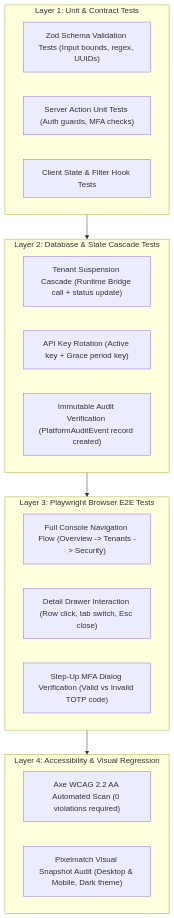
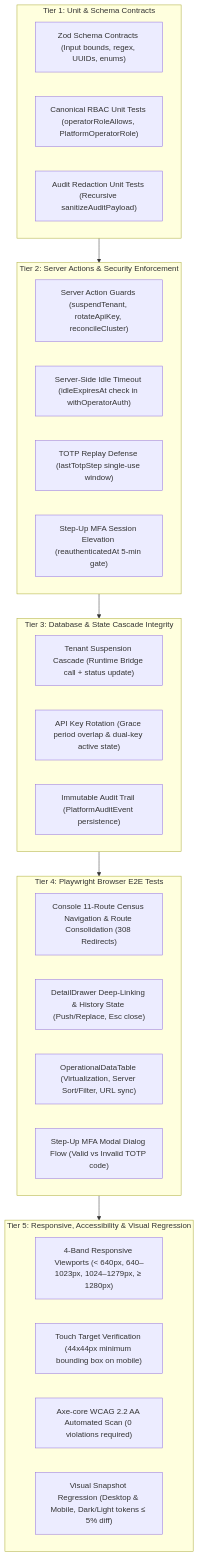
Before and after one commit to Nikhil-ig/OrbitoX-Platform: the first of 2 diagrams in docs/ui-reset/phase-7c/08_TEST_PLAN_AND_ACCEPTANCE_CRITERIA.md, drawn with Mermaid. The commit also changed other lines of this file and 9 other files, not shown here.

Commit message:
docs(7c): reconcile stage 0 specifications with baseline breakpoints, canonical rbac, and route inventory

````diff
--- a/docs/ui-reset/phase-7c/08_TEST_PLAN_AND_ACCEPTANCE_CRITERIA.md
+++ b/docs/ui-reset/phase-7c/08_TEST_PLAN_AND_ACCEPTANCE_CRITERIA.md
@@ -15,27 +16,37 @@
 ```mermaid
 graph TD
-    subgraph Layer1 ["Layer 1: Unit & Contract Tests"]
-        ZOD["Zod Schema Validation Tests (Input bounds, regex, UUIDs)"]
-        ACTION["Server Action Unit Tests (Auth guards, MFA checks)"]
-        HOOK["Client State & Filter Hook Tests"]
+    subgraph Tier1 ["Tier 1: Unit & Schema Contracts"]
+        ZOD["Zod Schema Contracts (Input bounds, regex, UUIDs, enums)"]
+        AUTH_UNIT["Canonical RBAC Unit Tests (operatorRoleAllows, PlatformOperatorRole)"]
+        REDACT_UNIT["Audit Redaction Unit Tests (Recursive sanitizeAuditPayload)"]
     end
 
-    subgraph Layer2 ["Layer 2: Database & State Cascade Tests"]
-        CASCADE["Tenant Suspension Cascade (Runtime Bridge call + status update)"]
-        KEY_ROT["API Key Rotation (Active key + Grace period key)"]
-        AUDIT_LOG["Immutable Audit Verification (PlatformAuditEvent record created)"]
+    subgraph Tier2 ["Tier 2: Server Actions & Security Enforcement"]
+        ACTION_AUTH["Server Action Guards (suspendTenant, rotateApiKey, reconcileCluster)"]
+        IDLE_EXP["Server-Side Idle Timeout (idleExpiresAt check in withOperatorAuth)"]
+        TOTP_REPLAY["TOTP Replay Defense (lastTotpStep single-use window)"]
+        STEPUP_MFA["Step-Up MFA Session Elevation (reauthenticatedAt 5-min gate)"]
     end
 
-    subgraph Layer3 ["Layer 3: Playwright Browser E2E Tests"]
-        NAV_E2E["Full Console Navigation Flow (Overview -> Tenants -> Security)"]
-        DRAWER_E2E["Detail Drawer Interaction (Row click, tab switch, Esc close)"]
-        STEPUP_E2E["Step-Up MFA Dialog Verification (Valid vs Invalid TOTP code)"]
+    subgraph Tier3 ["Tier 3: Database & State Cascade Integrity"]
+        TENANT_CASCADE["Tenant Suspension Cascade (Runtime Bridge call + status update)"]
+        KEY_ROTATION["API Key Rotation (Grace period overlap & dual-key active state)"]
+        AUDIT_IMMUTABLE["Immutable Audit Trail (PlatformAuditEvent persistence)"]
     end
 
-    subgraph Layer4 ["Layer 4: Accessibility & Visual Regression"]
-        AXE["Axe WCAG 2.2 AA Automated Scan (0 violations required)"]
-        VISUAL["Pixelmatch Visual Snapshot Audit (Desktop & Mobile, Dark theme)"]
+    subgraph Tier4 ["Tier 4: Playwright Browser E2E Tests"]
+        ROUTE_NAV["Console 11-Route Census Navigation & Route Consolidation (308 Redirects)"]
+        DRAWER_E2E["DetailDrawer Deep-Linking & History State (Push/Replace, Esc close)"]
+        TABLE_E2E["OperationalDataTable (Virtualization, Server Sort/Filter, URL sync)"]
+        STEPUP_E2E["Step-Up MFA Modal Dialog Flow (Valid vs Invalid TOTP code)"]
     end
 
-    Layer1 --> Layer2 --> Layer3 --> Layer4
+    subgraph Tier5 ["Tier 5: Responsive, Accessibility & Visual Regression"]
+        RESPONSIVE_4B["4-Band Responsive Viewports (< 640px, 640–1023px, 1024–1279px, ≥ 1280px)"]
+        TOUCH_TARGETS["Touch Target Verification (44x44px minimum bounding box on mobile)"]
+        AXE_WCAG["Axe-core WCAG 2.2 AA Automated Scan (0 violations required)"]
+        PIXELMATCH["Visual Snapshot Regression (Desktop & Mobile, Dark/Light tokens ≤ 5% diff)"]
+    end
+
+    Tier1 --> Tier2 --> Tier3 --> Tier4 --> Tier5
 ```
````
